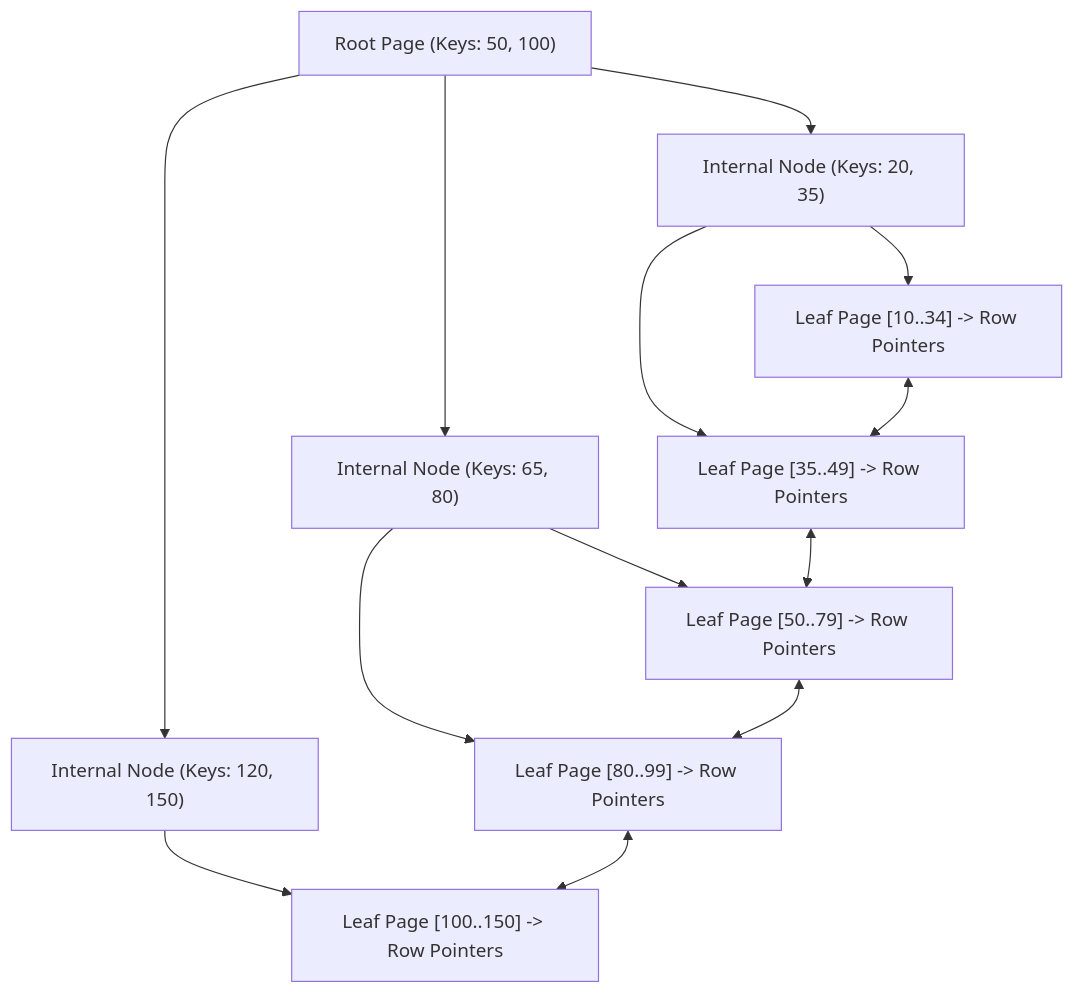
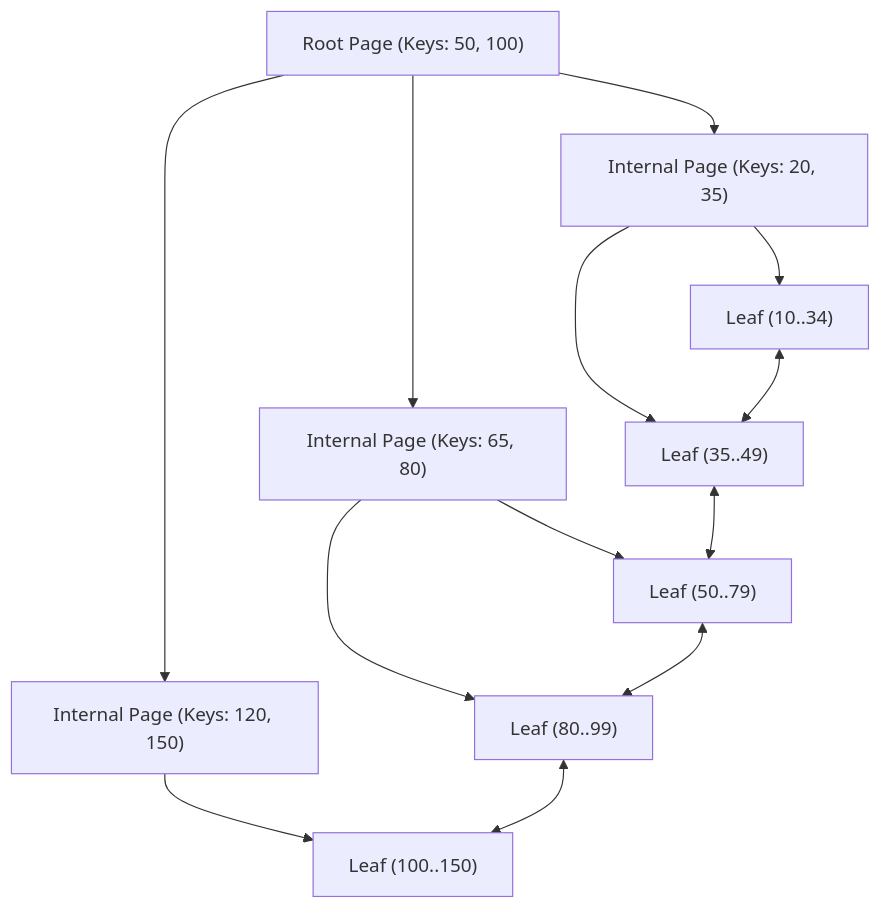
The second of 4 diagrams in content/roadmap/level-7/database-engine-internals-b-trees-and-mvcc.md (ravishankar2463/java_hub), drawn with Mermaid before and after one commit. The commit also changed other lines of this file and 119 other files, not shown here.

Commit message:
feat: add comprehensive java learning roadmap content across multiple levels

````diff
--- a/content/roadmap/level-7/database-engine-internals-b-trees-and-mvcc.md
+++ b/content/roadmap/level-7/database-engine-internals-b-trees-and-mvcc.md
@@ -99,25 +67,23 @@
 ```mermaid
 flowchart TD
     Root["Root Page (Keys: 50, 100)"]
-    Internal1["Internal Node (Keys: 20, 35)"]
-    Internal2["Internal Node (Keys: 65, 80)"]
-    Internal3["Internal Node (Keys: 120, 150)"]
+    I1["Internal Page (Keys: 20, 35)"]
+    I2["Internal Page (Keys: 65, 80)"]
+    I3["Internal Page (Keys: 120, 150)"]
 
-    Leaf1["Leaf Page [10..34] -> Row Pointers"]
-    Leaf2["Leaf Page [35..49] -> Row Pointers"]
-    Leaf3["Leaf Page [50..79] -> Row Pointers"]
-    Leaf4["Leaf Page [80..99] -> Row Pointers"]
-    Leaf5["Leaf Page [100..150] -> Row Pointers"]
+    L1["Leaf (10..34)"]
+    L2["Leaf (35..49)"]
+    L3["Leaf (50..79)"]
+    L4["Leaf (80..99)"]
+    L5["Leaf (100..150)"]
 
-    Root --> Internal1
-    Root --> Internal2
-    Root --> Internal3
-
-    Internal1 --> Leaf1
-    Internal1 --> Leaf2
-    Internal2 --> Leaf3
-    Internal2 --> Leaf4
-    Internal3 --> Leaf5
-
-    Leaf1 <--> Leaf2 <--> Leaf3 <--> Leaf4 <--> Leaf5
+    Root --> I1
+    Root --> I2
+    Root --> I3
+    I1 --> L1
+    I1 --> L2
+    I2 --> L3
+    I2 --> L4
+    I3 --> L5
+    L1 <--> L2 <--> L3 <--> L4 <--> L5
 ```
````
